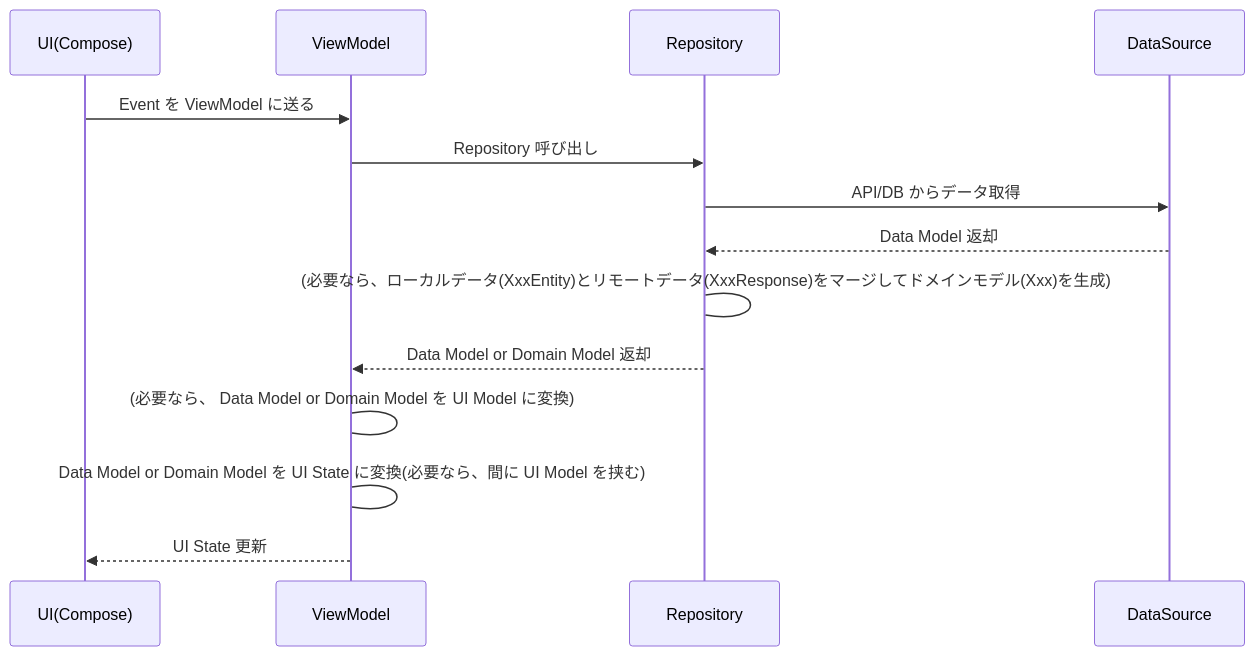
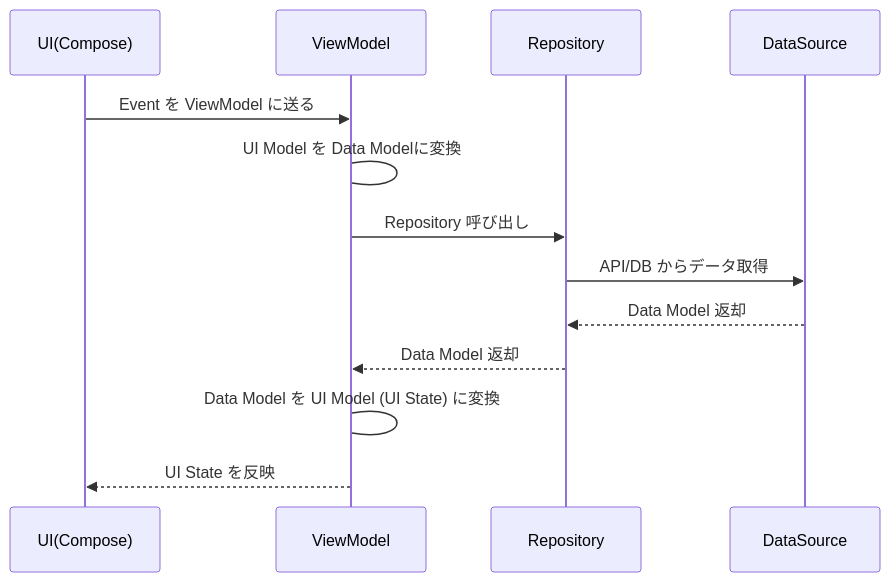
Before and after one commit to okuda0715tech/DirectDebitManager: the second of 3 diagrams in docs/architecture.md, drawn with Mermaid. The commit also changed other lines of this file, not shown here.

````diff
--- a/docs/architecture.md
+++ b/docs/architecture.md
@@ -84,17 +86,16 @@
 ```mermaid
 sequenceDiagram
   participant UI as UI(Compose)
   participant VM as ViewModel
   participant REP as Repository
   participant DS as DataSource
 
   UI ->> VM: Event を ViewModel に送る
+  VM -> VM: UI Model を Data Modelに変換
   VM ->> REP: Repository 呼び出し
   REP ->> DS: API/DB からデータ取得
   DS -->> REP: Data Model 返却
-  REP -> REP: (必要なら、ローカルデータ(XxxEntity)とリモートデータ(XxxResponse)をマージしてドメインモデル(Xxx)を生成)
-  REP -->> VM: Data Model or Domain Model 返却
-  VM -> VM: (必要なら、 Data Model or Domain Model を UI Model に変換)
-  VM -> VM: Data Model or Domain Model を UI State に変換(必要なら、間に UI Model を挟む)
-  VM -->> UI: UI State 更新
+  REP -->> VM: Data Model 返却
+  VM -> VM: Data Model を UI Model (UI State) に変換
+  VM -->> UI: UI State を反映
 ```
````
